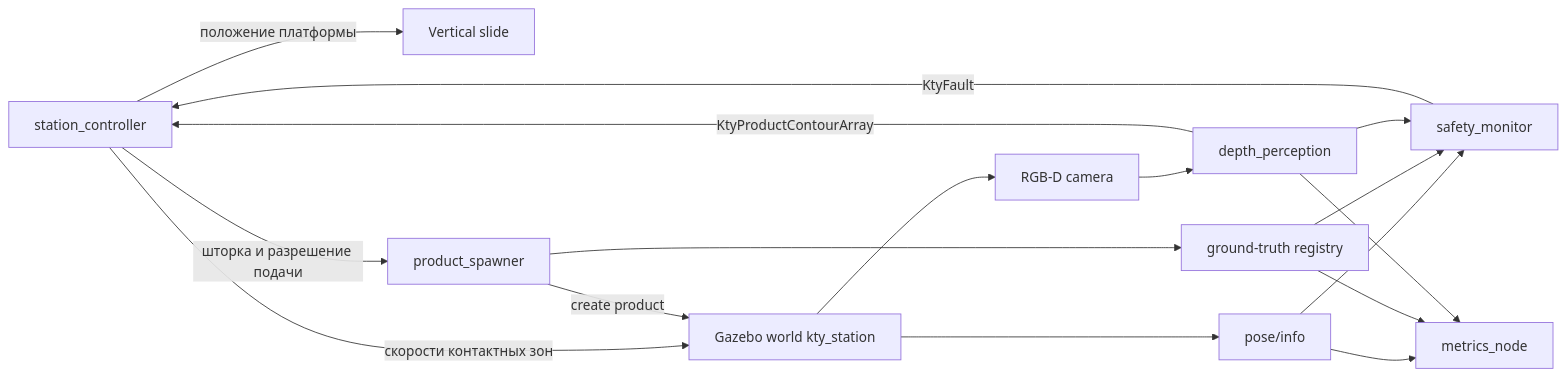
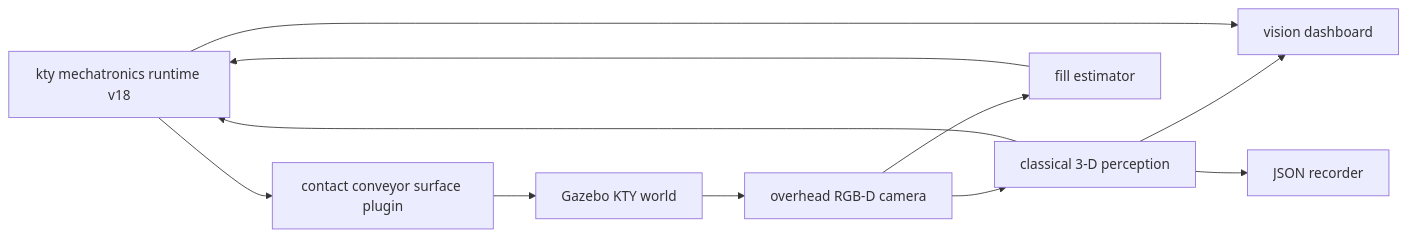
The sixth of 7 diagrams in docs/ARCHITECTURE.md (MAKSytka/digital_twin_convey), drawn with Mermaid before and after one commit. The commit also changed other lines of this file and 34 other files, not shown here.

````diff
--- a/docs/ARCHITECTURE.md
+++ b/docs/ARCHITECTURE.md
@@ -55,19 +134,22 @@
 ```mermaid
 flowchart LR
-    C[station_controller] -->|скорости контактных зон| G[Gazebo world kty_station]
-    C -->|положение платформы| V[Vertical slide]
-    C -->|шторка и разрешение подачи| P[product_spawner]
-    P -->|create product| G
-    G --> RGBD[RGB-D camera]
-    RGBD --> D[depth_perception]
-    D -->|KtyProductContourArray| C
-    G --> GT[pose/info]
-    P --> REG[ground-truth registry]
-    GT --> SAFE[safety_monitor]
-    REG --> SAFE
-    D --> SAFE
-    SAFE -->|KtyFault| C
-    GT --> MET[metrics_node]
-    REG --> MET
-    D --> MET
+    MC[kty mechatronics runtime v18]
+    SURF[contact conveyor surface plugin]
+    WORLD[Gazebo KTY world]
+    RGBD[overhead RGB-D camera]
+    PER[classical 3-D perception]
+    FILL[fill estimator]
+    DASH[vision dashboard]
+    REC[JSON recorder]
+
+    MC --> SURF
+    SURF --> WORLD
+    WORLD --> RGBD
+    RGBD --> PER
+    RGBD --> FILL
+    PER --> MC
+    FILL --> MC
+    PER --> DASH
+    PER --> REC
+    MC --> DASH
 ```
````
